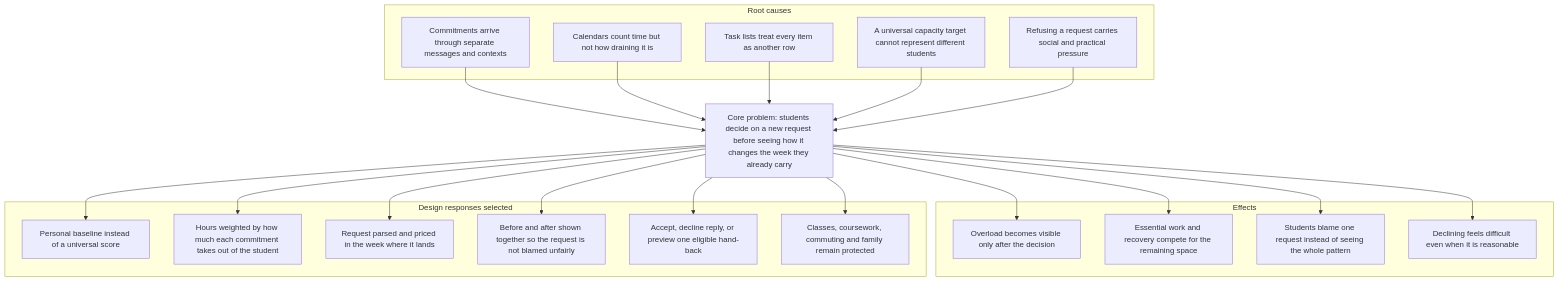
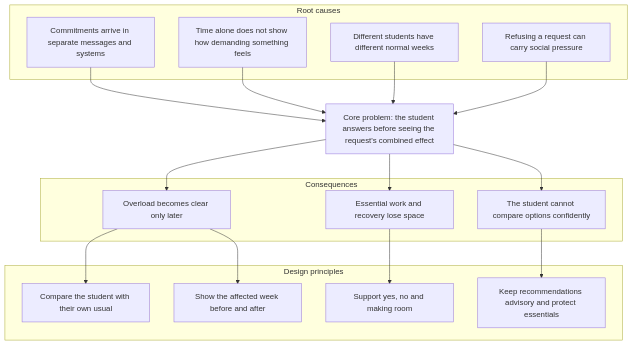
One commit to shuheng0330/CodeNection-2026 changed the second of 2 diagrams in docs/readme-draft-thong.md. Above: the diagram before and after it, drawn with Mermaid. The commit also changed other lines of this file, not shown here.

````diff
--- a/docs/readme-draft-thong.md
+++ b/docs/readme-draft-thong.md
@@ -102,44 +81,36 @@
 ```mermaid
 flowchart TB
     subgraph causes[Root causes]
-      c1[Commitments arrive through separate messages and contexts]
-      c2[Calendars count time but not how draining it is]
-      c3[Task lists treat every item as another row]
-      c4[A universal capacity target cannot represent different students]
-      c5[Refusing a request carries social and practical pressure]
+      c1[Commitments arrive in separate messages and systems]
+      c2[Time alone does not show how demanding something feels]
+      c3[Different students have different normal weeks]
+      c4[Refusing a request can carry social pressure]
     end
 
-    problem[Core problem: students decide on a new request before seeing how it changes the week they already carry]
+    problem[Core problem: the student answers before seeing the request's combined effect]
 
-    subgraph effects[Effects]
-      e1[Overload becomes visible only after the decision]
-      e2[Essential work and recovery compete for the remaining space]
-      e3[Students blame one request instead of seeing the whole pattern]
-      e4[Declining feels difficult even when it is reasonable]
+    subgraph consequences[Consequences]
+      e1[Overload becomes clear only later]
+      e2[Essential work and recovery lose space]
+      e3[The student cannot compare options confidently]
     end
 
-    subgraph responses[Design responses selected]
-      r1[Personal baseline instead of a universal score]
-      r2[Hours weighted by how much each commitment takes out of the student]
-      r3[Request parsed and priced in the week where it lands]
-      r4[Before and after shown together so the request is not blamed unfairly]
-      r5[Accept, decline reply, or preview one eligible hand-back]
-      r6[Classes, coursework, commuting and family remain protected]
+    subgraph principles[Design principles]
+      p1[Compare the student with their own usual]
+      p2[Show the affected week before and after]
+      p3[Support yes, no and making room]
+      p4[Keep recommendations advisory and protect essentials]
     end
 
     c1 --> problem
     c2 --> problem
     c3 --> problem
     c4 --> problem
-    c5 --> problem
     problem --> e1
     problem --> e2
     problem --> e3
-    problem --> e4
-    problem --> r1
-    problem --> r2
-    problem --> r3
-    problem --> r4
-    problem --> r5
-    problem --> r6
+    e1 --> p1
+    e1 --> p2
+    e2 --> p3
+    e3 --> p4
 ```
````
